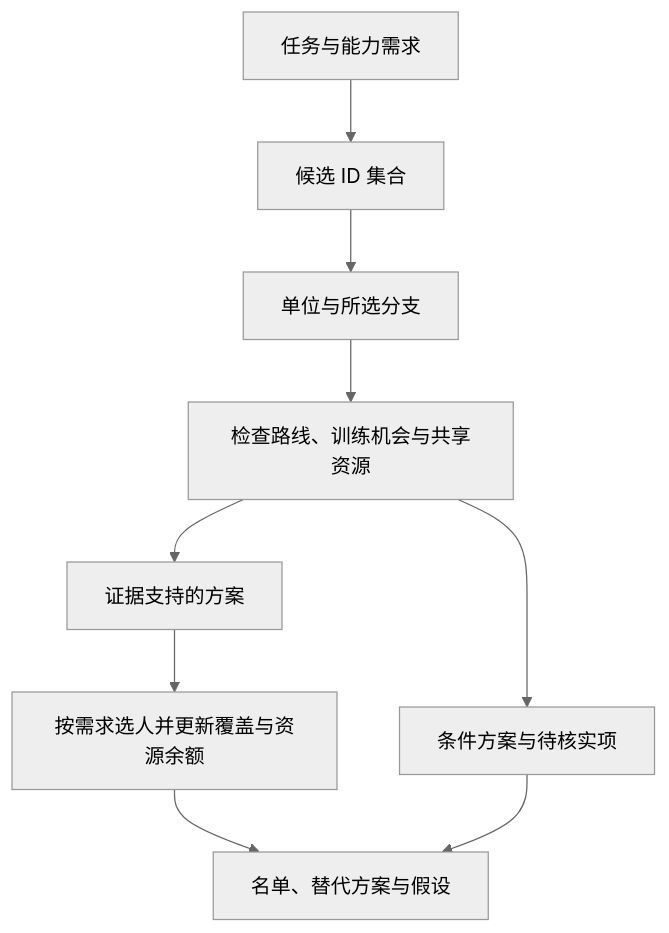
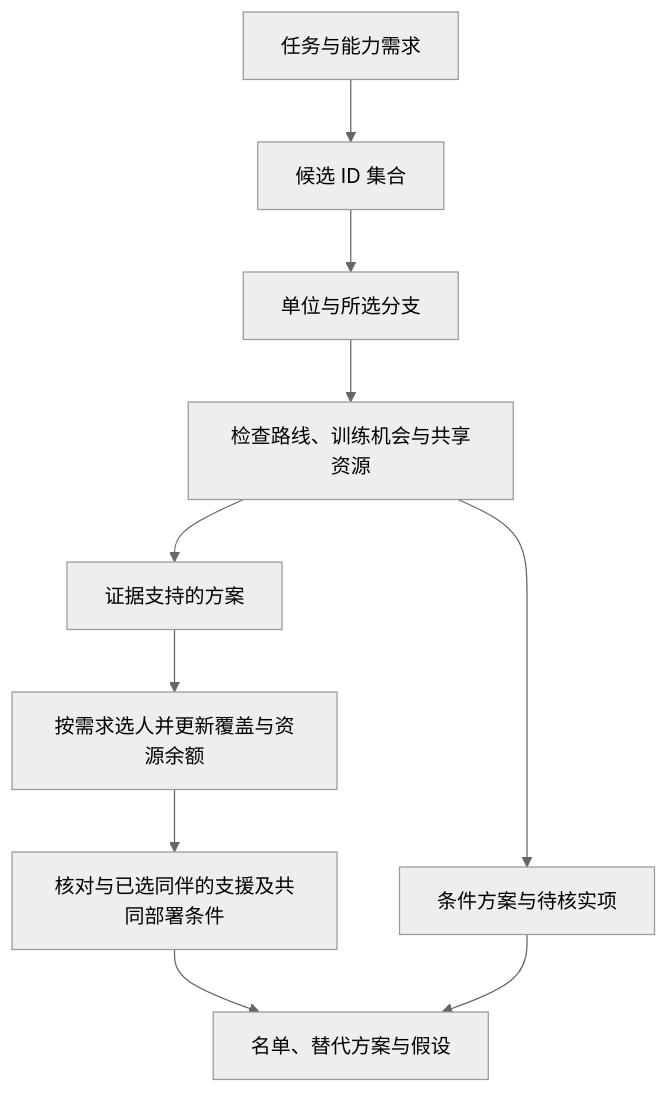
Before and after one commit to woxQAQ/febuildergba-cli: the diagram in .agents/skills/fe-rom-lineup/SKILL.md, drawn with Mermaid (neutral theme). The commit also changed other lines of this file and 54 other files, not shown here.

````diff
--- a/.agents/skills/fe-rom-lineup/SKILL.md
+++ b/.agents/skills/fe-rom-lineup/SKILL.md
@@ -62,11 +73,12 @@
 ```mermaid
 flowchart TD
   task["任务与能力需求"] --> pool["候选 ID 集合"]
   pool --> branch["单位与所选分支"]
   branch --> check["检查路线、训练机会与共享资源"]
   check --> ready["证据支持的方案"]
   check --> conditional["条件方案与待核实项"]
   ready --> select["按需求选人并更新覆盖与资源余额"]
-  select --> output["名单、替代方案与假设"]
+  select --> synergy["核对与已选同伴的支援及共同部署条件"]
+  synergy --> output["名单、替代方案与假设"]
   conditional --> output
 ```
````
